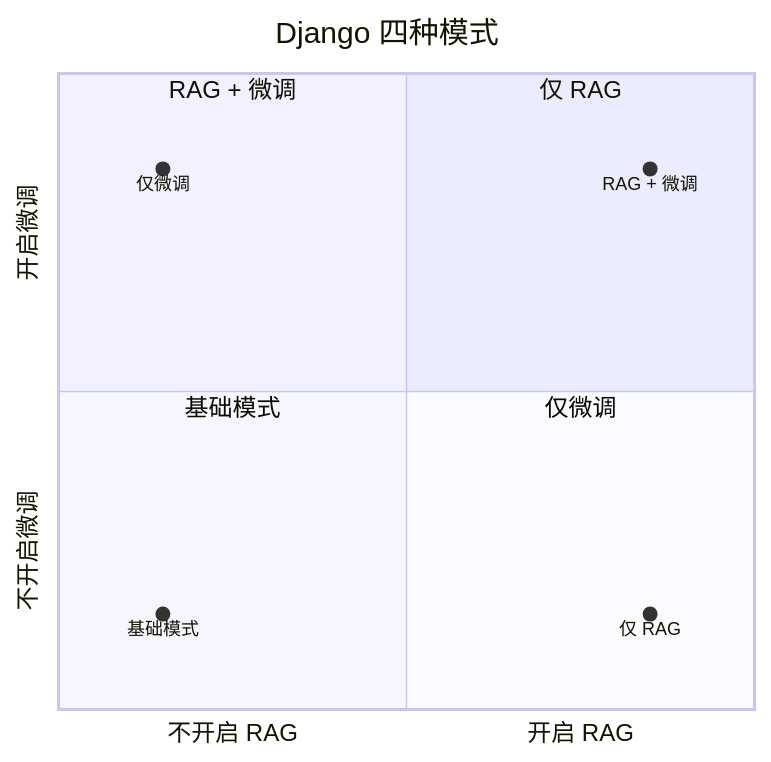
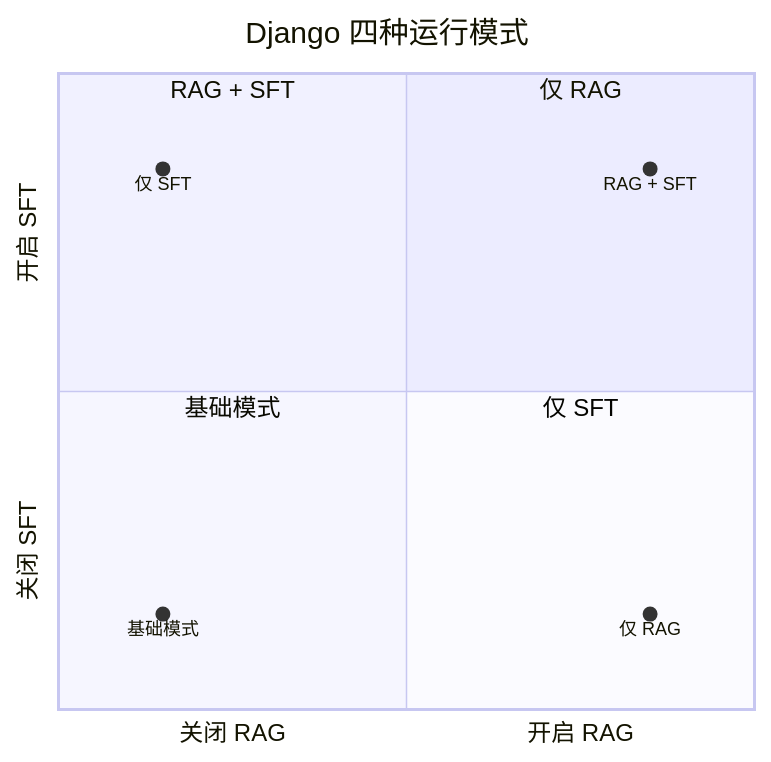
Before and after one commit to billzi2016/chinapost-internship: the fifth of 6 diagrams in docs-site/docs/zh/django-system.md, drawn with Mermaid. The commit also changed other lines of this file and 10 other files, not shown here.

````diff
--- a/docs-site/docs/zh/django-system.md
+++ b/docs-site/docs/zh/django-system.md
@@ -73,14 +169,14 @@
 ```mermaid
 quadrantChart
-    title Django 四种模式
-    x-axis 不开启 RAG --> 开启 RAG
-    y-axis 不开启微调 --> 开启微调
+    title Django 四种运行模式
+    x-axis 关闭 RAG --> 开启 RAG
+    y-axis 关闭 SFT --> 开启 SFT
     quadrant-1 仅 RAG
-    quadrant-2 RAG + 微调
+    quadrant-2 RAG + SFT
     quadrant-3 基础模式
-    quadrant-4 仅微调
+    quadrant-4 仅 SFT
     基础模式: [0.15, 0.15]
     仅 RAG: [0.85, 0.15]
-    仅微调: [0.15, 0.85]
-    RAG + 微调: [0.85, 0.85]
+    仅 SFT: [0.15, 0.85]
+    RAG + SFT: [0.85, 0.85]
 ```
````
